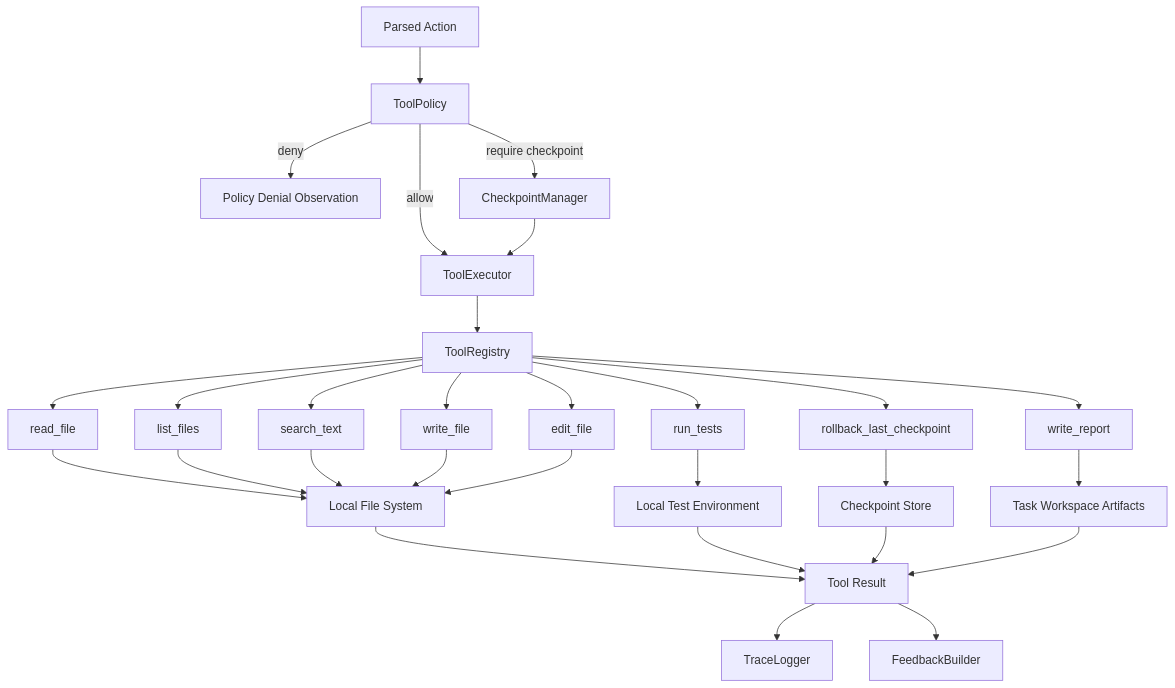
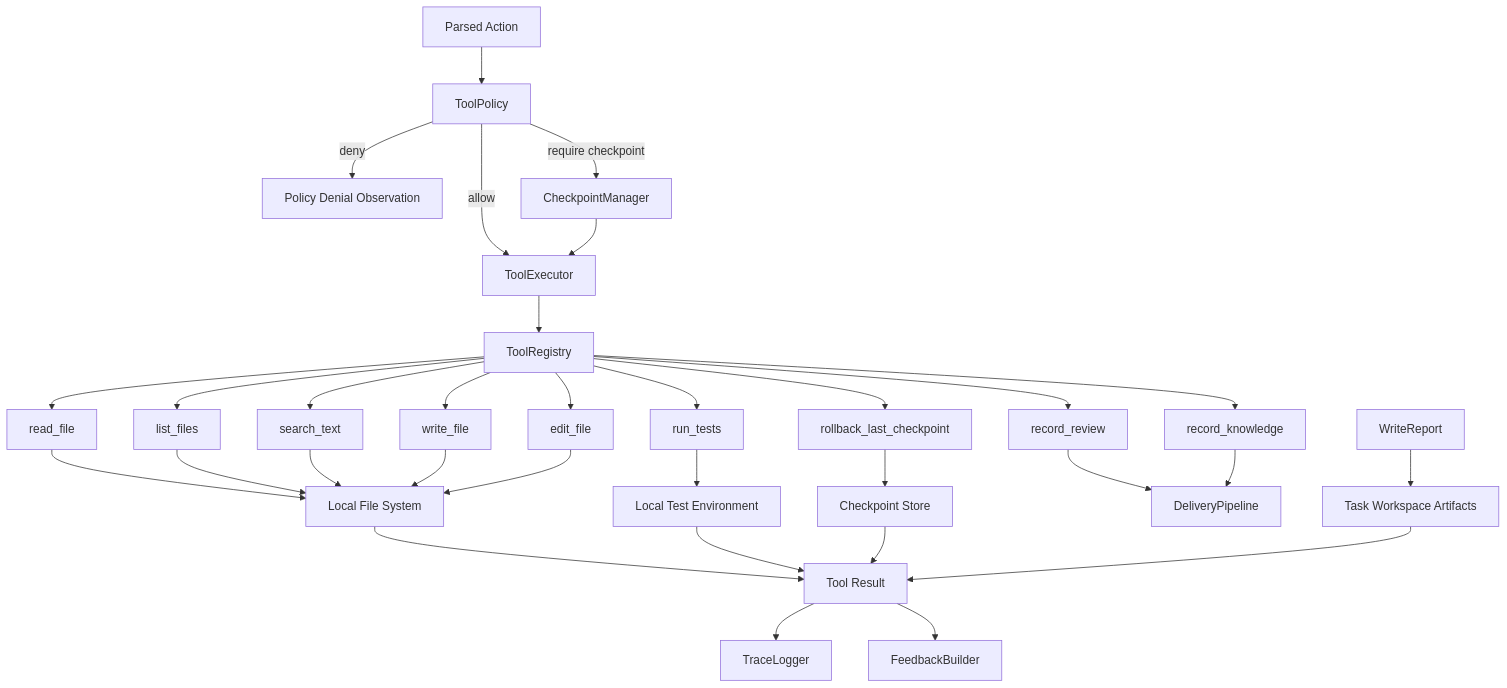
Before and after one commit to liyuhan7/HanCode: the tenth of 18 diagrams in docs/系统架构.md, drawn with Mermaid. The commit also changed other lines of this file and 5 other files, not shown here.

````diff
--- a/docs/系统架构.md
+++ b/docs/系统架构.md
@@ -3308,38 +3333,41 @@
 ```mermaid
 flowchart TB
     Action["Parsed Action"] --> Policy["ToolPolicy"]
 
     Policy -->|allow| Executor["ToolExecutor"]
     Policy -->|deny| Denial["Policy Denial Observation"]
     Policy -->|require checkpoint| Checkpoint["CheckpointManager"]
 
     Checkpoint --> Executor
 
     Executor --> Registry["ToolRegistry"]
 
     Registry --> Read["read_file"]
     Registry --> List["list_files"]
     Registry --> Search["search_text"]
     Registry --> Write["write_file"]
     Registry --> Edit["edit_file"]
     Registry --> RunTests["run_tests"]
     Registry --> Rollback["rollback_last_checkpoint"]
-    Registry --> WriteReport["write_report"]
+    Registry --> RecordReview["record_review"]
+    Registry --> RecordKnowledge["record_knowledge"]
 
     Read --> FS["Local File System"]
     List --> FS
     Search --> FS
     Write --> FS
     Edit --> FS
     RunTests --> TestEnv["Local Test Environment"]
     Rollback --> CheckpointStore["Checkpoint Store"]
+    RecordReview --> DeliveryPipeline["DeliveryPipeline"]
+    RecordKnowledge --> DeliveryPipeline
     WriteReport --> HancodeTask["Task Workspace Artifacts"]
 
     FS --> ToolResult["Tool Result"]
     TestEnv --> ToolResult
     CheckpointStore --> ToolResult
     HancodeTask --> ToolResult
 
     ToolResult --> Trace["TraceLogger"]
     ToolResult --> Feedback["FeedbackBuilder"]
 ```
````
